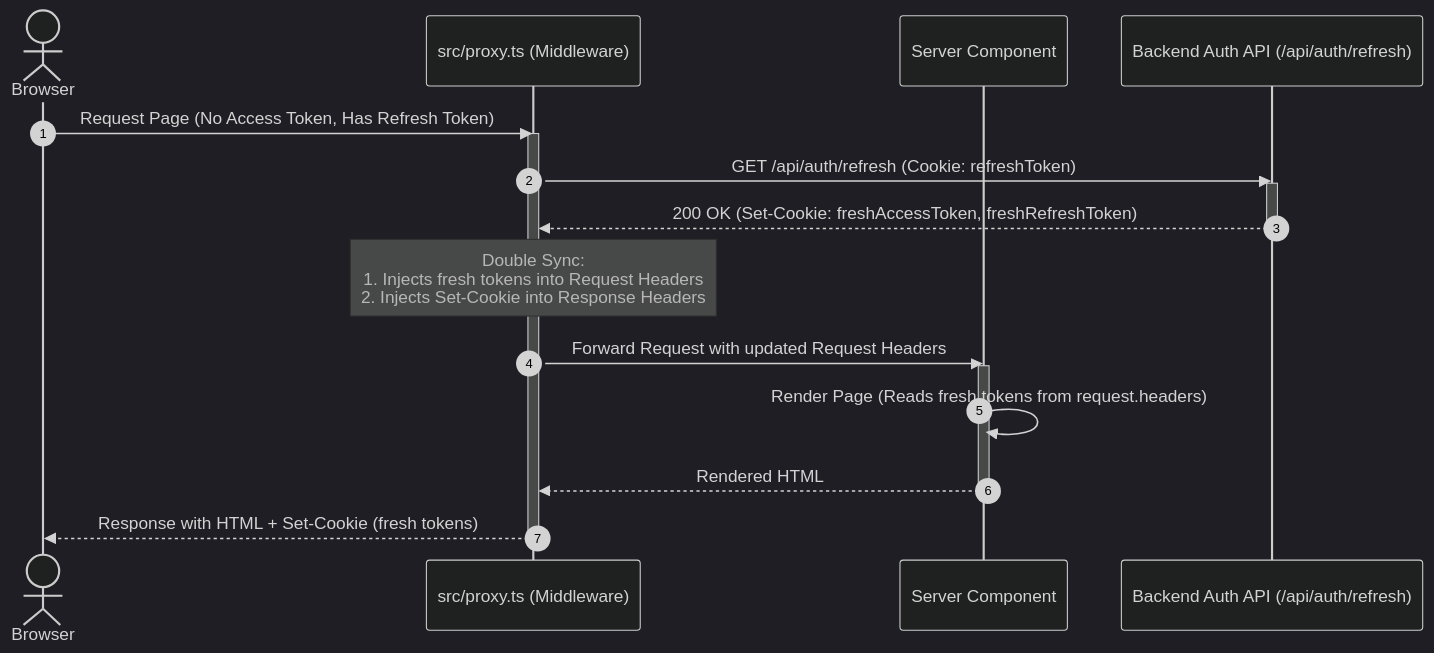
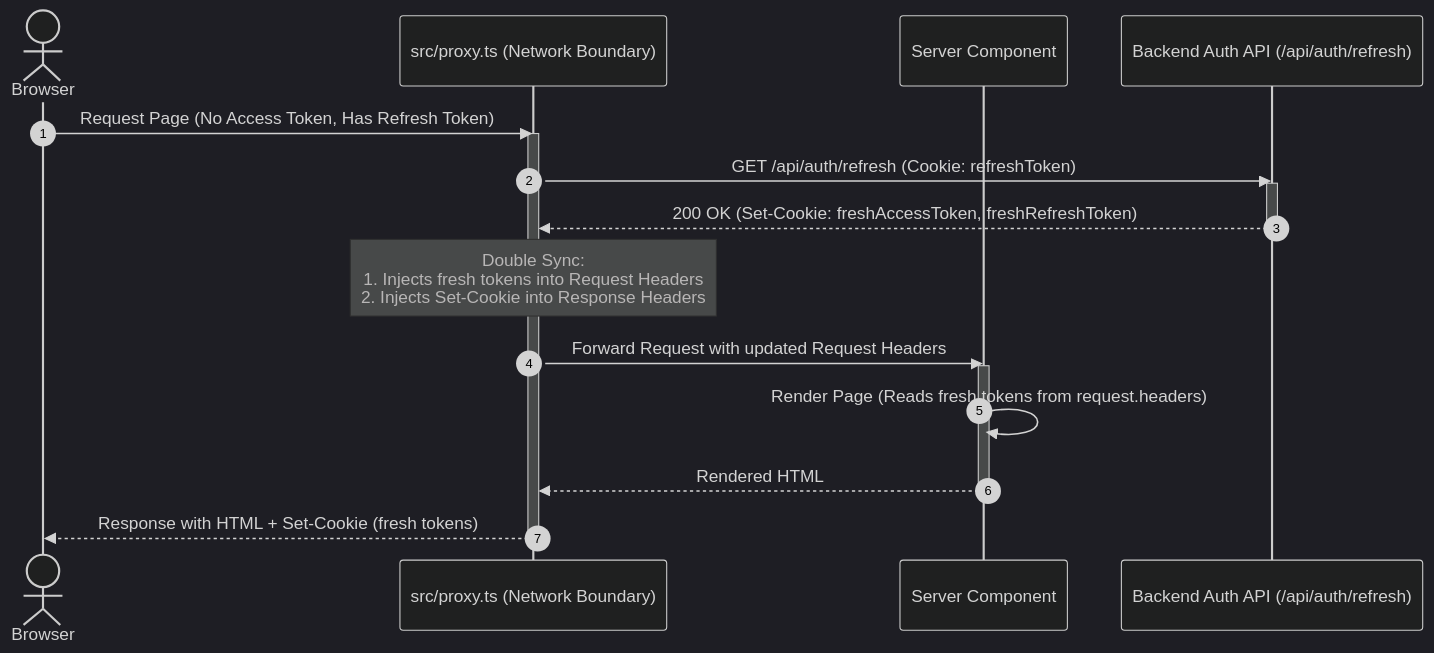
The first of 4 diagrams in src/lib/auth/README.md (araysargsyan/next-0), drawn with Mermaid (dark theme) before and after one commit. The commit also changed other lines of this file and 14 other files, not shown here.

````diff
--- a/src/lib/auth/README.md
+++ b/src/lib/auth/README.md
@@ -107,23 +107,23 @@
 ```mermaid
 sequenceDiagram
     autonumber
     actor Browser
-    participant Proxy as src/proxy.ts (Middleware)
+    participant Proxy as src/proxy.ts (Network Boundary)
     participant ServerComp as Server Component
     participant Backend as Backend Auth API (/api/auth/refresh)
     
     Browser->>Proxy: Request Page (No Access Token, Has Refresh Token)
     activate Proxy
     Proxy->>Backend: GET /api/auth/refresh (Cookie: refreshToken)
     activate Backend
     Backend-->>Proxy: 200 OK (Set-Cookie: freshAccessToken, freshRefreshToken)
     deactivate Backend
     Note over Proxy: Double Sync:<br/>1. Injects fresh tokens into Request Headers<br/>2. Injects Set-Cookie into Response Headers
     Proxy->>ServerComp: Forward Request with updated Request Headers
     activate ServerComp
     ServerComp->>ServerComp: Render Page (Reads fresh tokens from request.headers)
     ServerComp-->>Proxy: Rendered HTML
     deactivate ServerComp
     Proxy-->>Browser: Response with HTML + Set-Cookie (fresh tokens)
     deactivate Proxy
 ```
````
